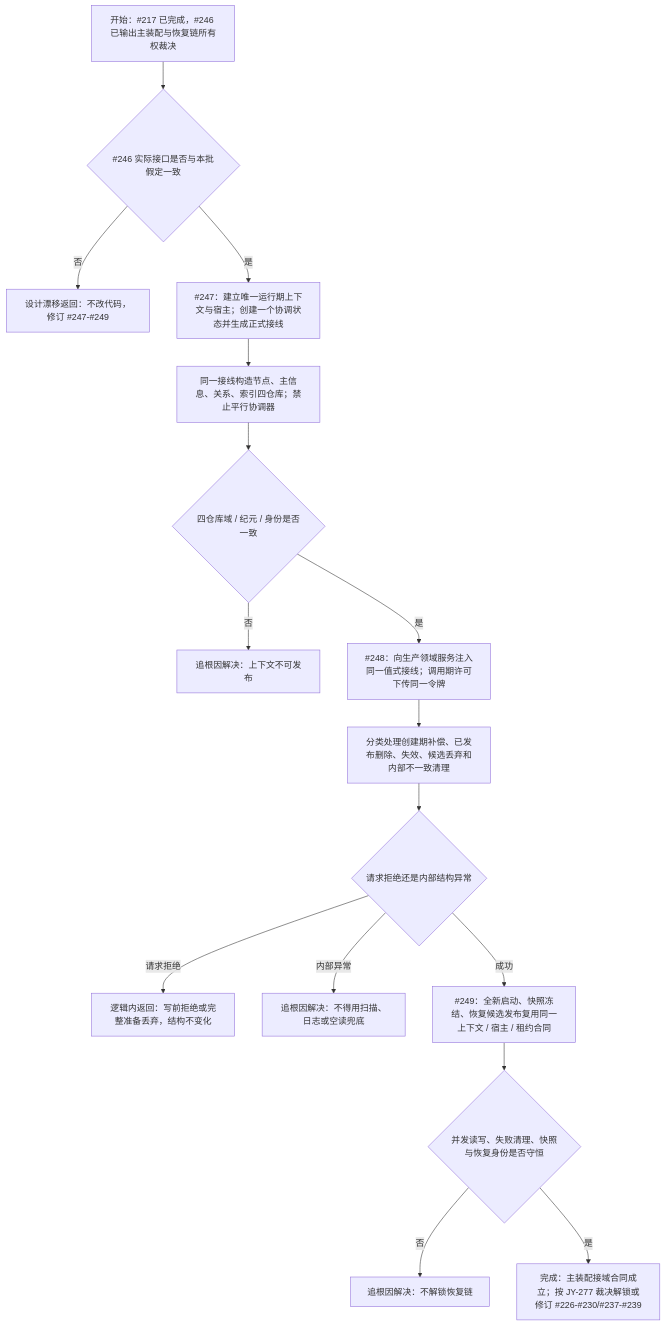
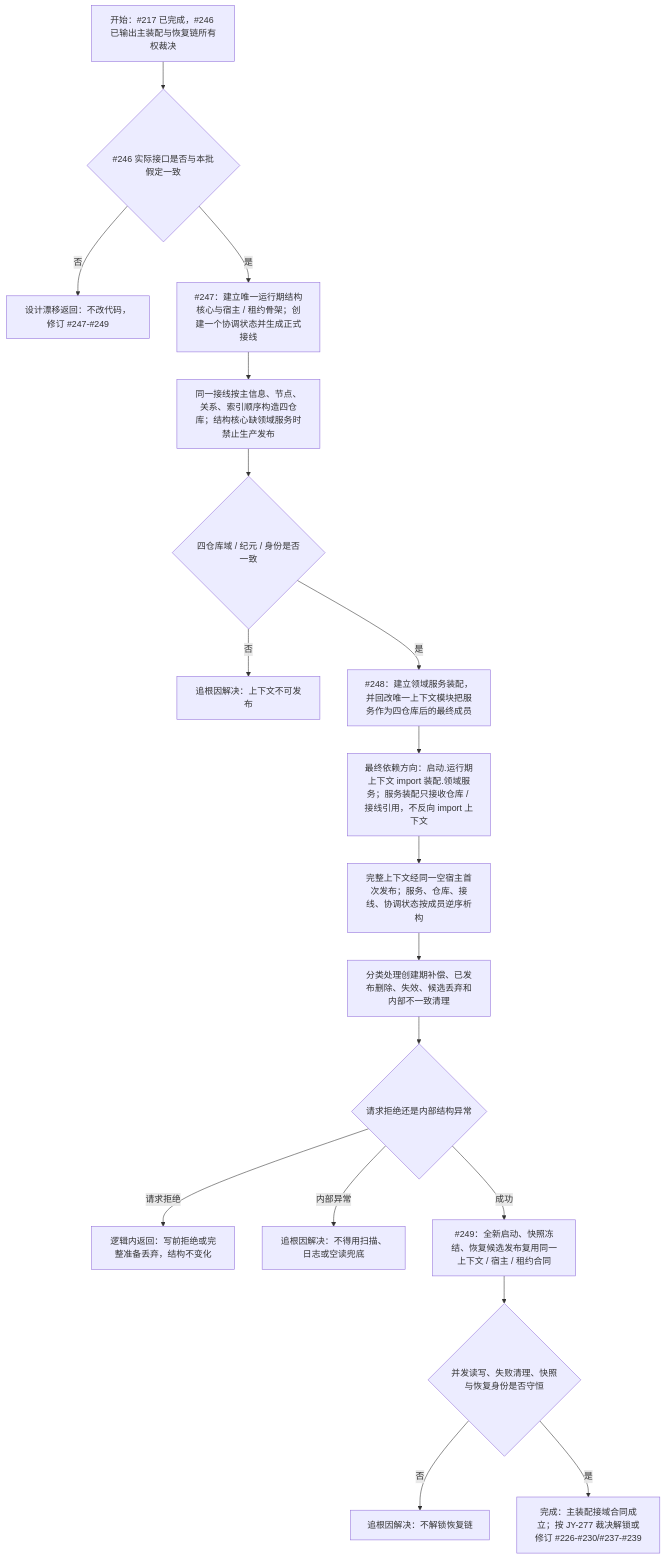
The diagram in 流程图/20260712_运行期主装配结构事务接域与恢复链单一所有权流程图_v0.1.md (chunhaizh-cyber/HY-Ego), drawn with Mermaid before and after one commit. The commit also changed other lines of this file and 19 other files, not shown here.

````diff
--- a/流程图/20260712_运行期主装配结构事务接域与恢复链单一所有权流程图_v0.1.md
+++ b/流程图/20260712_运行期主装配结构事务接域与恢复链单一所有权流程图_v0.1.md
@@ -21,18 +21,20 @@
 ```mermaid
 flowchart TD
     A["开始：#217 已完成，#246 已输出主装配与恢复链所有权裁决"] --> B{"#246 实际接口是否与本批假定一致"}
     B -->|"否"| G0["设计漂移返回：不改代码，修订 #247-#249"]
-    B -->|"是"| C["#247：建立唯一运行期上下文与宿主；创建一个协调状态并生成正式接线"]
-    C --> D["同一接线构造节点、主信息、关系、索引四仓库；禁止平行协调器"]
+    B -->|"是"| C["#247：建立唯一运行期结构核心与宿主 / 租约骨架；创建一个协调状态并生成正式接线"]
+    C --> D["同一接线按主信息、节点、关系、索引顺序构造四仓库；结构核心缺领域服务时禁止生产发布"]
     D --> E{"四仓库域 / 纪元 / 身份是否一致"}
     E -->|"否"| R1["追根因解决：上下文不可发布"]
-    E -->|"是"| F["#248：向生产领域服务注入同一值式接线；调用期许可下传同一令牌"]
-    F --> H["分类处理创建期补偿、已发布删除、失效、候选丢弃和内部不一致清理"]
+    E -->|"是"| F["#248：建立领域服务装配，并回改唯一上下文模块把服务作为四仓库后的最终成员"]
+    F --> F1["最终依赖方向：启动.运行期上下文 import 装配.领域服务；服务装配只接收仓库 / 接线引用，不反向 import 上下文"]
+    F1 --> F2["完整上下文经同一空宿主首次发布；服务、仓库、接线、协调状态按成员逆序析构"]
+    F2 --> H["分类处理创建期补偿、已发布删除、失效、候选丢弃和内部不一致清理"]
     H --> I{"请求拒绝还是内部结构异常"}
     I -->|"请求拒绝"| L1["逻辑内返回：写前拒绝或完整准备丢弃，结构不变化"]
     I -->|"内部异常"| R2["追根因解决：不得用扫描、日志或空读兜底"]
     I -->|"成功"| J["#249：全新启动、快照冻结、恢复候选发布复用同一上下文 / 宿主 / 租约合同"]
     J --> K{"并发读写、失败清理、快照与恢复身份是否守恒"}
     K -->|"否"| R3["追根因解决：不解锁恢复链"]
     K -->|"是"| Z["完成：主装配接域合同成立；按 JY-277 裁决解锁或修订 #226-#230/#237-#239"]
 ```
````
